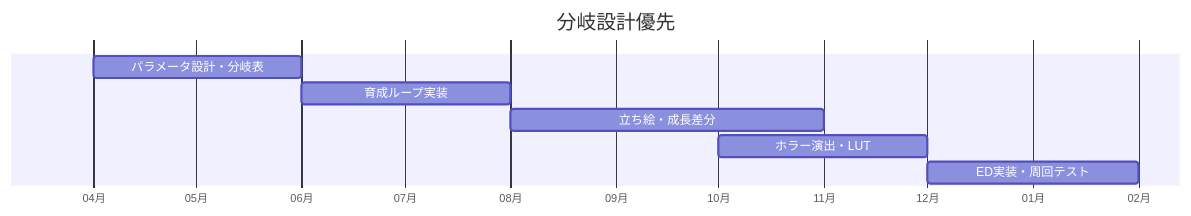
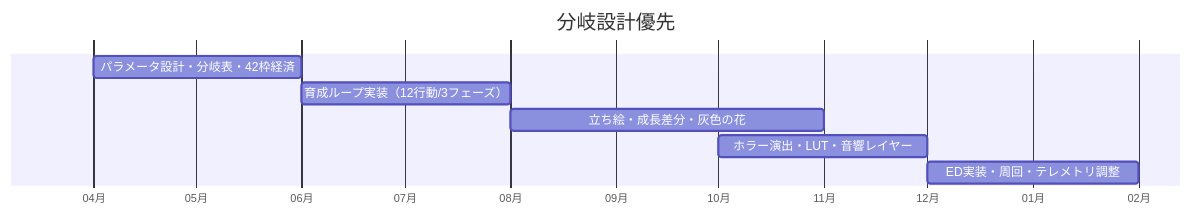
One commit to manato1201/Performance-comparison-of-each-AI changed the fourth of 4 diagrams in docs/08_plant-girl-horror.md. Above: the diagram before and after it, drawn with Mermaid. The commit also changed other lines of this file and 41 other files, not shown here.

````diff
--- a/docs/08_plant-girl-horror.md
+++ b/docs/08_plant-girl-horror.md
@@ -106,11 +402,11 @@
 ```mermaid
 gantt
     title 分岐設計優先
     dateFormat YYYY-MM
     axisFormat %m月
-    パラメータ設計・分岐表      :2026-04, 2M
-    育成ループ実装              :2026-06, 2M
-    立ち絵・成長差分            :2026-08, 3M
-    ホラー演出・LUT             :2026-10, 2M
-    ED実装・周回テスト          :2026-12, 2M
+    パラメータ設計・分岐表・42枠経済  :2026-04, 2M
+    育成ループ実装（12行動/3フェーズ）:2026-06, 2M
+    立ち絵・成長差分・灰色の花        :2026-08, 3M
+    ホラー演出・LUT・音響レイヤー     :2026-10, 2M
+    ED実装・周回・テレメトリ調整      :2026-12, 2M
 ```
````
